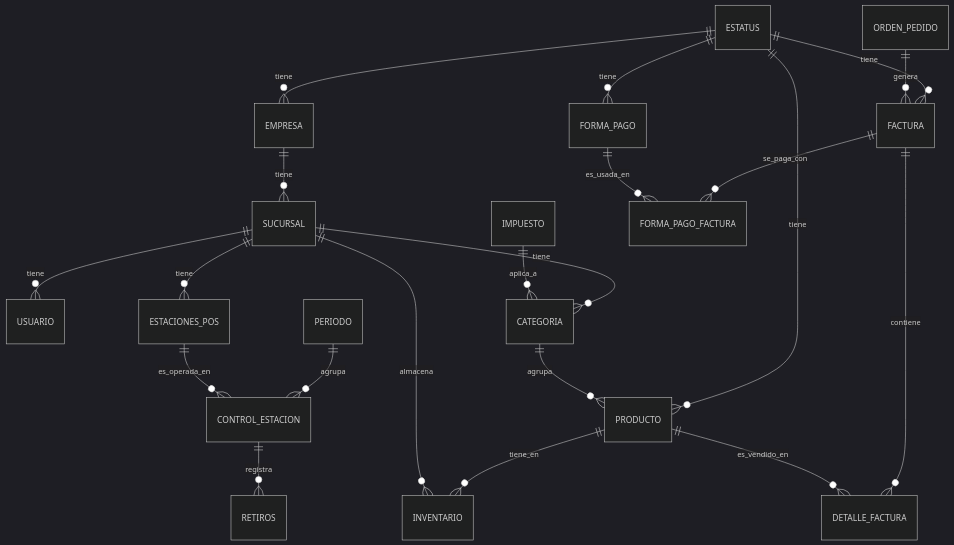
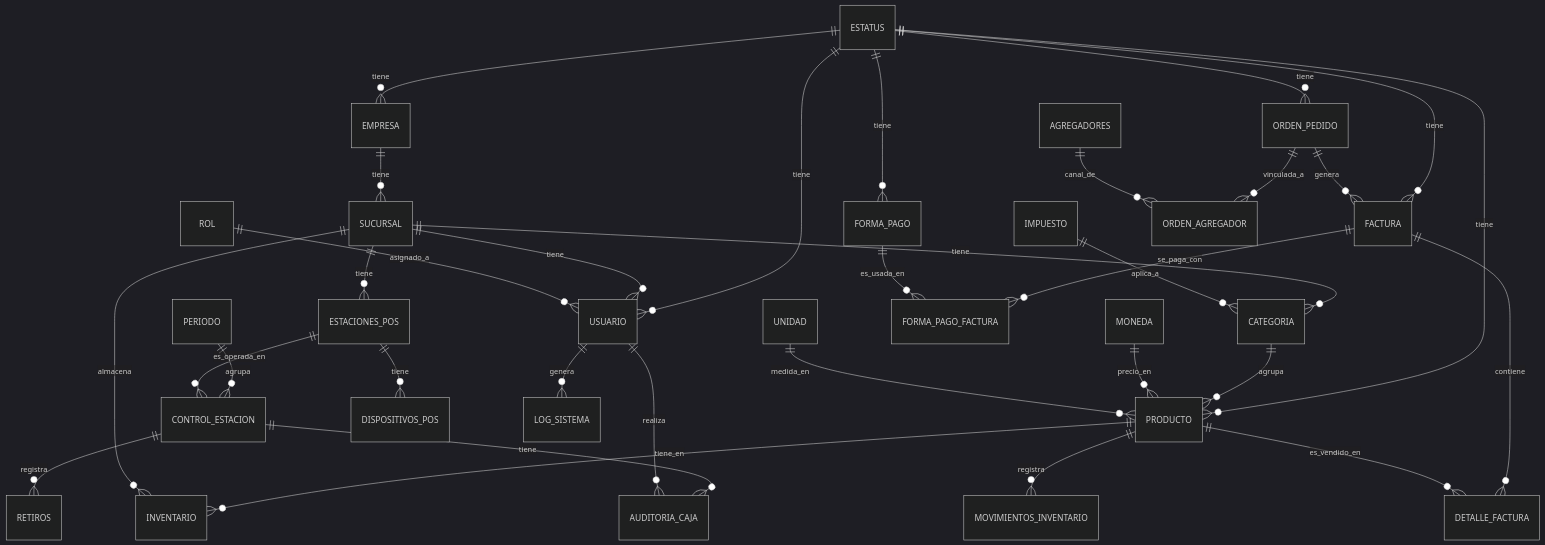
Before and after one commit to menteLocuaz/PRUNUS: the diagram in docs/DATABASE.md, drawn with Mermaid (dark theme). The commit also changed other lines of this file and 2 other files, not shown here.

````diff
--- a/docs/DATABASE.md
+++ b/docs/DATABASE.md
@@ -7,29 +7,46 @@
 ```mermaid
 erDiagram
     ESTATUS ||--o{ EMPRESA : tiene
+    ESTATUS ||--o{ USUARIO : tiene
     ESTATUS ||--o{ PRODUCTO : tiene
     ESTATUS ||--o{ FACTURA : tiene
     ESTATUS ||--o{ FORMA_PAGO : tiene
+    ESTATUS ||--o{ ORDEN_PEDIDO : tiene
     
     EMPRESA ||--o{ SUCURSAL : tiene
     SUCURSAL ||--o{ USUARIO : tiene
     SUCURSAL ||--o{ CATEGORIA : tiene
     SUCURSAL ||--o{ ESTACIONES_POS : tiene
     
+    ROL ||--o{ USUARIO : asignado_a
+    
     CATEGORIA ||--o{ PRODUCTO : agrupa
     IMPUESTO ||--o{ CATEGORIA : aplica_a
     
+    MONEDA ||--o{ PRODUCTO : precio_en
+    UNIDAD ||--o{ PRODUCTO : medida_en
+    
     PRODUCTO ||--o{ INVENTARIO : tiene_en
     SUCURSAL ||--o{ INVENTARIO : almacena
+    PRODUCTO ||--o{ MOVIMIENTOS_INVENTARIO : registra
     
     ORDEN_PEDIDO ||--o{ FACTURA : genera
+    ORDEN_PEDIDO ||--o{ ORDEN_AGREGADOR : vinculada_a
+    AGREGADORES ||--o{ ORDEN_AGREGADOR : canal_de
+    
     FACTURA ||--o{ DETALLE_FACTURA : contiene
     PRODUCTO ||--o{ DETALLE_FACTURA : es_vendido_en
     
     FACTURA ||--o{ FORMA_PAGO_FACTURA : se_paga_con
     FORMA_PAGO ||--o{ FORMA_PAGO_FACTURA : es_usada_en
     
     PERIODO ||--o{ CONTROL_ESTACION : agrupa
     ESTACIONES_POS ||--o{ CONTROL_ESTACION : es_operada_en
+    ESTACIONES_POS ||--o{ DISPOSITIVOS_POS : tiene
+    
     CONTROL_ESTACION ||--o{ RETIROS : registra
+    CONTROL_ESTACION ||--o{ AUDITORIA_CAJA : tiene
+    
+    USUARIO ||--o{ LOG_SISTEMA : genera
+    USUARIO ||--o{ AUDITORIA_CAJA : realiza
 ```
````
